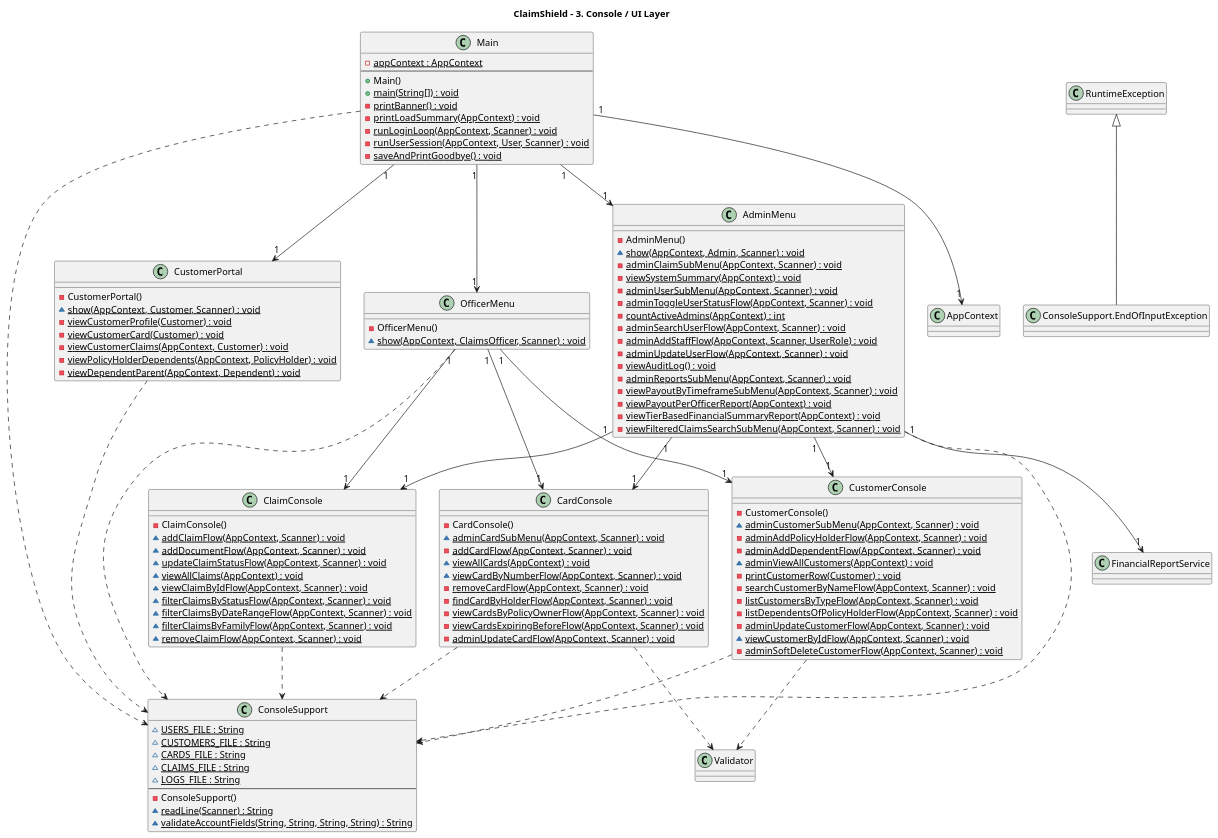
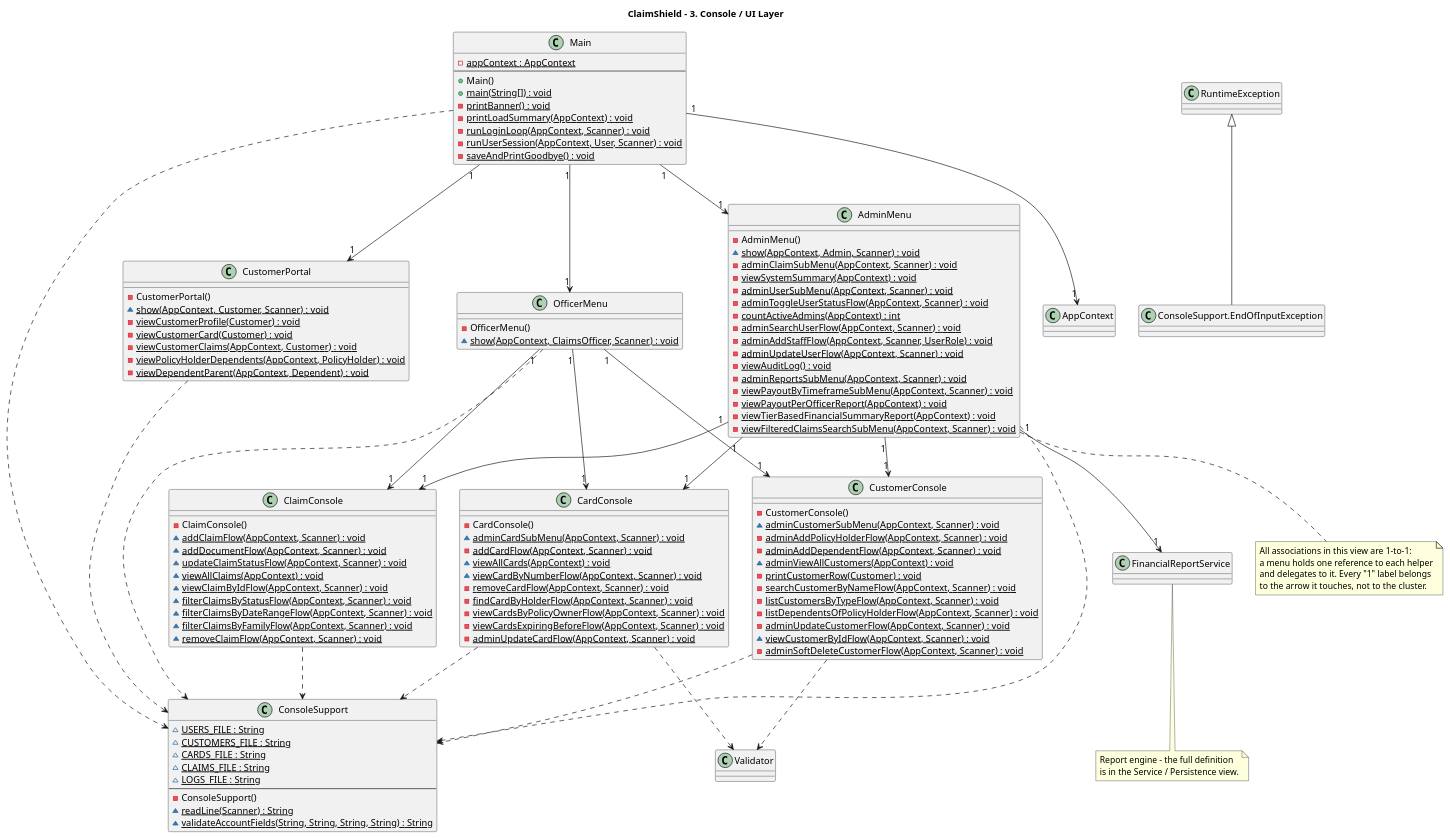
The third of 3 diagrams in docs/class_diagram.puml (RMIT-Vietnam-Teaching/java-console-application-part-1-s4113887rmit), drawn with PlantUML before and after one commit. The commit also changed 2 other files, not shown here.

Commit message:
Improve Console Layer diagram readability (annotation only)
- Add a note on AdminMenu clarifying that every association in this
  view is 1-to-1 delegation. The "1" labels sit close to the arrow
  ends and cluster around AdminMenu, so at a glance the crossing
  arrows read as many-to-many - the same misreading already reported
  for Claim -> ClaimStatus.
- Add a note on FinancialReportService pointing to the Service /
  Persistence view, so the Console view can be read standalone.

Both changes are annotations only: no architecture, notation, or
cardinality changed. All three diagrams re-rendered; PlantUML exits
clean with no syntax errors and the note text is verified present in
the SVG output.

```diff
--- a/docs/class_diagram.puml
+++ b/docs/class_diagram.puml
@@ -526,131 +526,143 @@
 @startuml ClaimShield_Console_Layer
 title ClaimShield - 3. Console / UI Layer
 
 class Main {
     -appContext : AppContext {static}
     --
     +Main()
     +main(String[]) : void {static}
     -printBanner() : void {static}
     -printLoadSummary(AppContext) : void {static}
     -runLoginLoop(AppContext, Scanner) : void {static}
     -runUserSession(AppContext, User, Scanner) : void {static}
     -saveAndPrintGoodbye() : void {static}
 }
 
 class ConsoleSupport {
     ~USERS_FILE : String {static}
     ~CUSTOMERS_FILE : String {static}
     ~CARDS_FILE : String {static}
     ~CLAIMS_FILE : String {static}
     ~LOGS_FILE : String {static}
     --
     -ConsoleSupport()
     ~readLine(Scanner) : String {static}
     ~validateAccountFields(String, String, String, String) : String {static}
 }
 
 class "ConsoleSupport.EndOfInputException" as EndOfInputException extends RuntimeException {
 }
 
 class AdminMenu {
     -AdminMenu()
     ~show(AppContext, Admin, Scanner) : void {static}
     -adminClaimSubMenu(AppContext, Scanner) : void {static}
     -viewSystemSummary(AppContext) : void {static}
     -adminUserSubMenu(AppContext, Scanner) : void {static}
     -adminToggleUserStatusFlow(AppContext, Scanner) : void {static}
     -countActiveAdmins(AppContext) : int {static}
     -adminSearchUserFlow(AppContext, Scanner) : void {static}
     -adminAddStaffFlow(AppContext, Scanner, UserRole) : void {static}
     -adminUpdateUserFlow(AppContext, Scanner) : void {static}
     -viewAuditLog() : void {static}
     -adminReportsSubMenu(AppContext, Scanner) : void {static}
     -viewPayoutByTimeframeSubMenu(AppContext, Scanner) : void {static}
     -viewPayoutPerOfficerReport(AppContext) : void {static}
     -viewTierBasedFinancialSummaryReport(AppContext) : void {static}
     -viewFilteredClaimsSearchSubMenu(AppContext, Scanner) : void {static}
 }
 
 class OfficerMenu {
     -OfficerMenu()
     ~show(AppContext, ClaimsOfficer, Scanner) : void {static}
 }
 
 class CustomerPortal {
     -CustomerPortal()
     ~show(AppContext, Customer, Scanner) : void {static}
     -viewCustomerProfile(Customer) : void {static}
     -viewCustomerCard(Customer) : void {static}
     -viewCustomerClaims(AppContext, Customer) : void {static}
     -viewPolicyHolderDependents(AppContext, PolicyHolder) : void {static}
     -viewDependentParent(AppContext, Dependent) : void {static}
 }
 
 class CustomerConsole {
     -CustomerConsole()
     ~adminCustomerSubMenu(AppContext, Scanner) : void {static}
     -adminAddPolicyHolderFlow(AppContext, Scanner) : void {static}
     -adminAddDependentFlow(AppContext, Scanner) : void {static}
     ~adminViewAllCustomers(AppContext) : void {static}
     -printCustomerRow(Customer) : void {static}
     -searchCustomerByNameFlow(AppContext, Scanner) : void {static}
     -listCustomersByTypeFlow(AppContext, Scanner) : void {static}
     -listDependentsOfPolicyHolderFlow(AppContext, Scanner) : void {static}
     -adminUpdateCustomerFlow(AppContext, Scanner) : void {static}
     ~viewCustomerByIdFlow(AppContext, Scanner) : void {static}
     -adminSoftDeleteCustomerFlow(AppContext, Scanner) : void {static}
 }
 
 class CardConsole {
     -CardConsole()
     ~adminCardSubMenu(AppContext, Scanner) : void {static}
     -addCardFlow(AppContext, Scanner) : void {static}
     ~viewAllCards(AppContext) : void {static}
     ~viewCardByNumberFlow(AppContext, Scanner) : void {static}
     -removeCardFlow(AppContext, Scanner) : void {static}
     -findCardByHolderFlow(AppContext, Scanner) : void {static}
     -viewCardsByPolicyOwnerFlow(AppContext, Scanner) : void {static}
     -viewCardsExpiringBeforeFlow(AppContext, Scanner) : void {static}
     -adminUpdateCardFlow(AppContext, Scanner) : void {static}
 }
 
 class ClaimConsole {
     -ClaimConsole()
     ~addClaimFlow(AppContext, Scanner) : void {static}
     ~addDocumentFlow(AppContext, Scanner) : void {static}
     ~updateClaimStatusFlow(AppContext, Scanner) : void {static}
     ~viewAllClaims(AppContext) : void {static}
     ~viewClaimByIdFlow(AppContext, Scanner) : void {static}
     ~filterClaimsByStatusFlow(AppContext, Scanner) : void {static}
     ~filterClaimsByDateRangeFlow(AppContext, Scanner) : void {static}
     ~filterClaimsByFamilyFlow(AppContext, Scanner) : void {static}
     ~removeClaimFlow(AppContext, Scanner) : void {static}
 }
 
 
 Main            "1"  -->  "1"  AppContext
 Main            "1"  -->  "1"  AdminMenu
 Main            "1"  -->  "1"  OfficerMenu
 Main            "1"  -->  "1"  CustomerPortal
 
 AdminMenu       "1"  -->  "1"  CustomerConsole
 AdminMenu       "1"  -->  "1"  CardConsole
 AdminMenu       "1"  -->  "1"  ClaimConsole
 AdminMenu       "1"  -->  "1"  FinancialReportService
 OfficerMenu     "1"  -->  "1"  CustomerConsole
 OfficerMenu     "1"  -->  "1"  CardConsole
 OfficerMenu     "1"  -->  "1"  ClaimConsole
 
 Main            ..>  ConsoleSupport
 AdminMenu       ..>  ConsoleSupport
 OfficerMenu     ..>  ConsoleSupport
 CustomerPortal  ..>  ConsoleSupport
 CustomerConsole ..>  ConsoleSupport
 CardConsole     ..>  ConsoleSupport
 ClaimConsole    ..>  ConsoleSupport
 
 CustomerConsole ..>  Validator
 CardConsole     ..>  Validator
 
+note bottom of AdminMenu
+  All associations in this view are 1-to-1:
+  a menu holds one reference to each helper
+  and delegates to it. Every "1" label belongs
+  to the arrow it touches, not to the cluster.
+end note
+
+note bottom of FinancialReportService
+  Report engine - the full definition
+  is in the Service / Persistence view.
+end note
+
 @enduml
```
